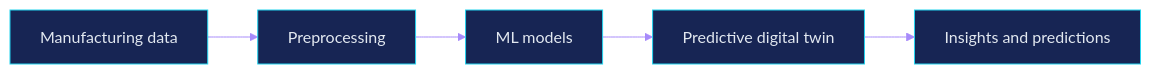
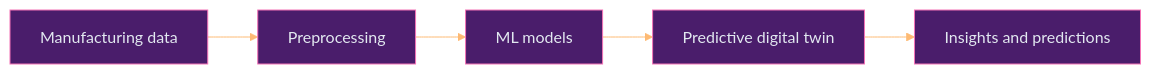
Before and after one commit to MansiTechie/MansiTechie: the second of 2 diagrams in README.md, drawn with Mermaid. The commit also changed other lines of this file, not shown here.

````diff
--- a/README.md
+++ b/README.md
@@ -97,5 +97,5 @@
 ```mermaid
-%%{init: {'theme':'base','themeVariables':{'primaryColor':'#172554','primaryTextColor':'#E2E8F0','primaryBorderColor':'#22D3EE','lineColor':'#A78BFA','secondaryColor':'#0f172a','tertiaryColor':'#020617'}}}%%
+%%{init: {'theme':'base','themeVariables':{'primaryColor':'#4a1d6b','primaryTextColor':'#E2E8F0','primaryBorderColor':'#F472B6','lineColor':'#FDBA74','secondaryColor':'#2e1065','tertiaryColor':'#1a0b2e'}}}%%
 flowchart LR
     A["Manufacturing data"] --> B["Preprocessing"] --> C["ML models"] --> D["Predictive digital twin"] --> E["Insights and predictions"]
 ```
````
